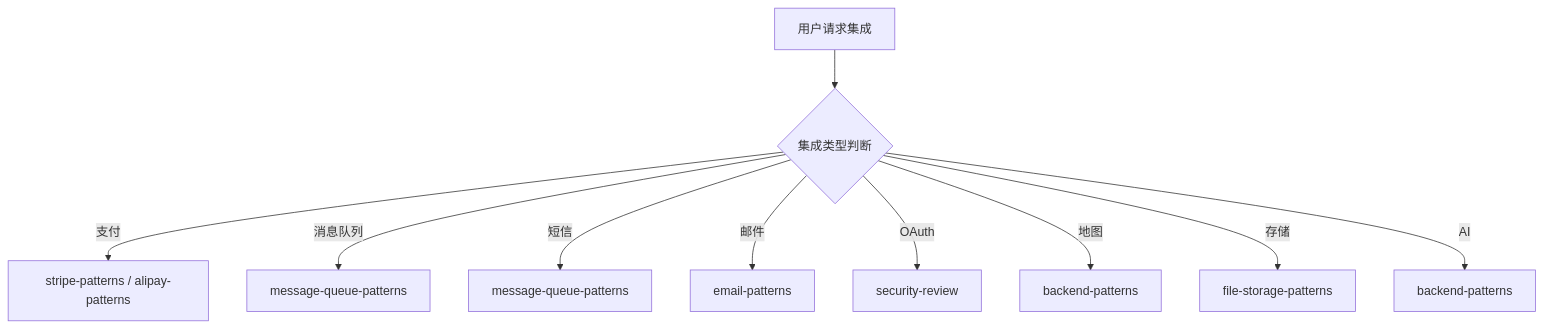
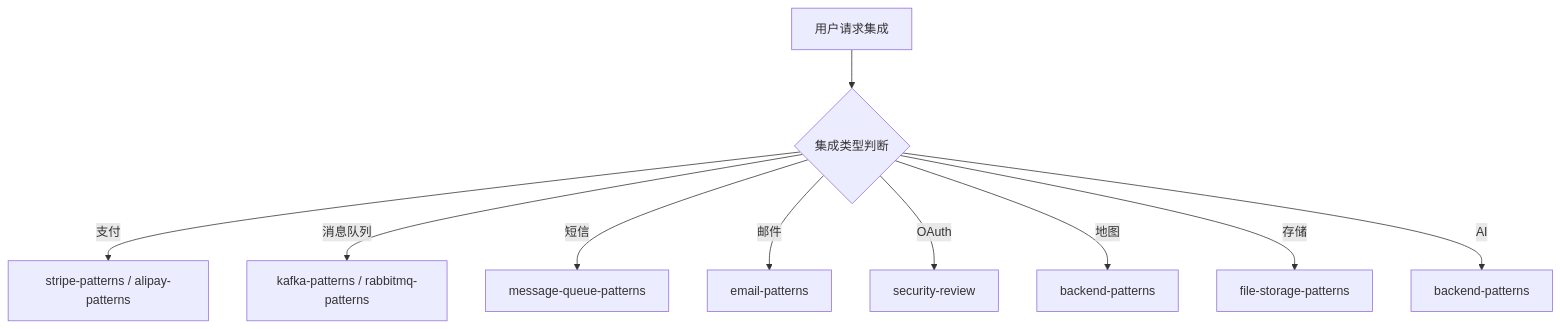
The diagram in agents/integration-team.md (Tooooommy/Trae-Workflow), drawn with Mermaid before and after one commit. The commit also changed other lines of this file and 4 other files, not shown here.

Commit message:
refactor: 删除 message-queue-patterns，拆分为 kafka 和 rabbitmq

````diff
--- a/agents/integration-team.md
+++ b/agents/integration-team.md
@@ -38,12 +38,12 @@
 ```mermaid
 flowchart TD
     A[用户请求集成] --> B{集成类型判断}
     B -->|支付| C[stripe-patterns / alipay-patterns]
-    B -->|消息队列| D[message-queue-patterns]
+    B -->|消息队列| D[kafka-patterns / rabbitmq-patterns]
     B -->|短信| E[message-queue-patterns]
     B -->|邮件| F[email-patterns]
     B -->|OAuth| G[security-review]
     B -->|地图| H[backend-patterns]
     B -->|存储| I[file-storage-patterns]
     B -->|AI| J[backend-patterns]
 ```
````
